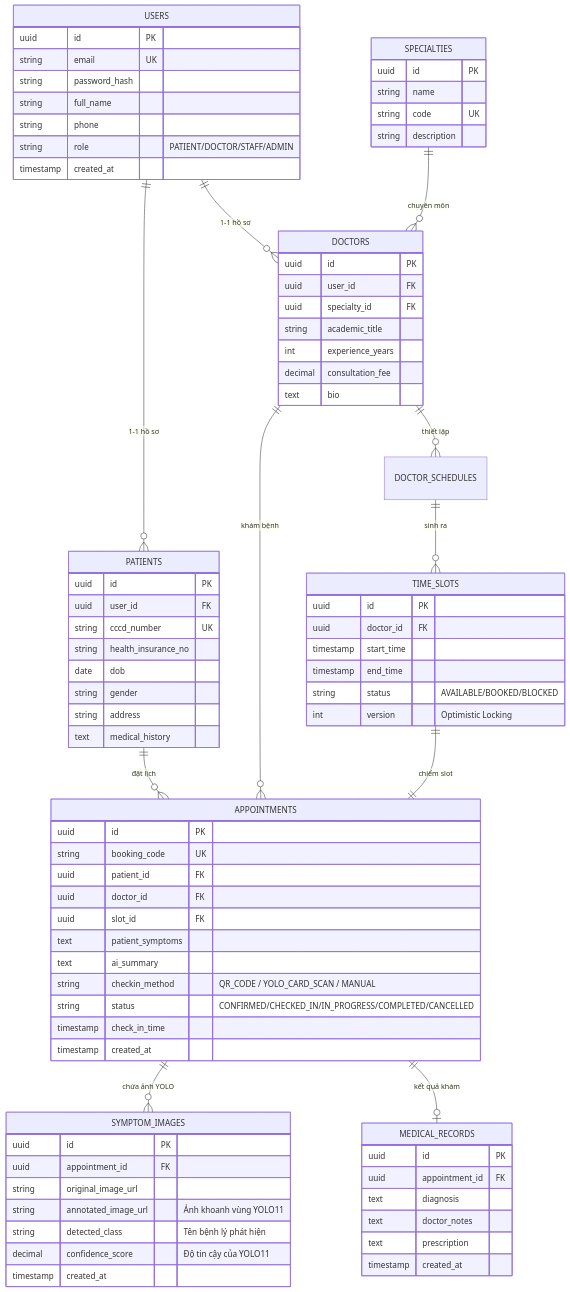
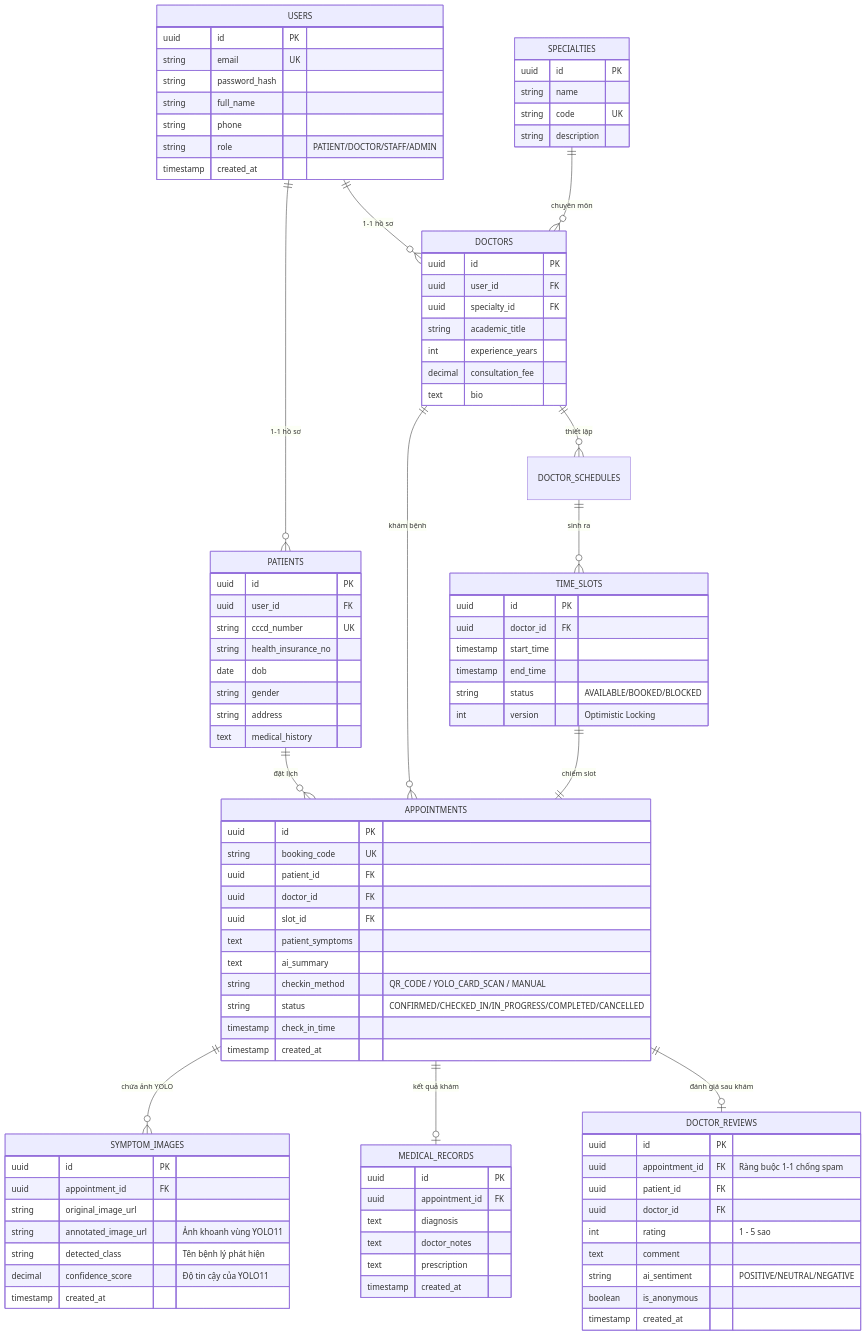
One commit to kietphuchau-create/KeHoach_Js2 changed the third of 3 diagrams in De_Xuat_Du_An_MedSched_Nhom.md. Above: the diagram before and after it, drawn with Mermaid. The commit also changed other lines of this file and 7 other files, not shown here.

Commit message:
feat: add doctor reviews schema and initialize project documentation structure

````diff
--- a/De_Xuat_Du_An_MedSched_Nhom.md
+++ b/De_Xuat_Du_An_MedSched_Nhom.md
@@ -175,6 +176,7 @@
     TIME_SLOTS ||--|| APPOINTMENTS : "chiếm slot"
     APPOINTMENTS ||--o{ SYMPTOM_IMAGES : "chứa ảnh YOLO"
     APPOINTMENTS ||--o| MEDICAL_RECORDS : "kết quả khám"
+    APPOINTMENTS ||--o| DOCTOR_REVIEWS : "đánh giá sau khám"
 
     USERS {
         uuid id PK
@@ -255,4 +257,16 @@
         text prescription
         timestamp created_at
     }
+
+    DOCTOR_REVIEWS {
+        uuid id PK
+        uuid appointment_id FK "Ràng buộc 1-1 chống spam"
+        uuid patient_id FK
+        uuid doctor_id FK
+        int rating "1 - 5 sao"
+        text comment
+        string ai_sentiment "POSITIVE/NEUTRAL/NEGATIVE"
+        boolean is_anonymous
+        timestamp created_at
+    }
 ```
````
